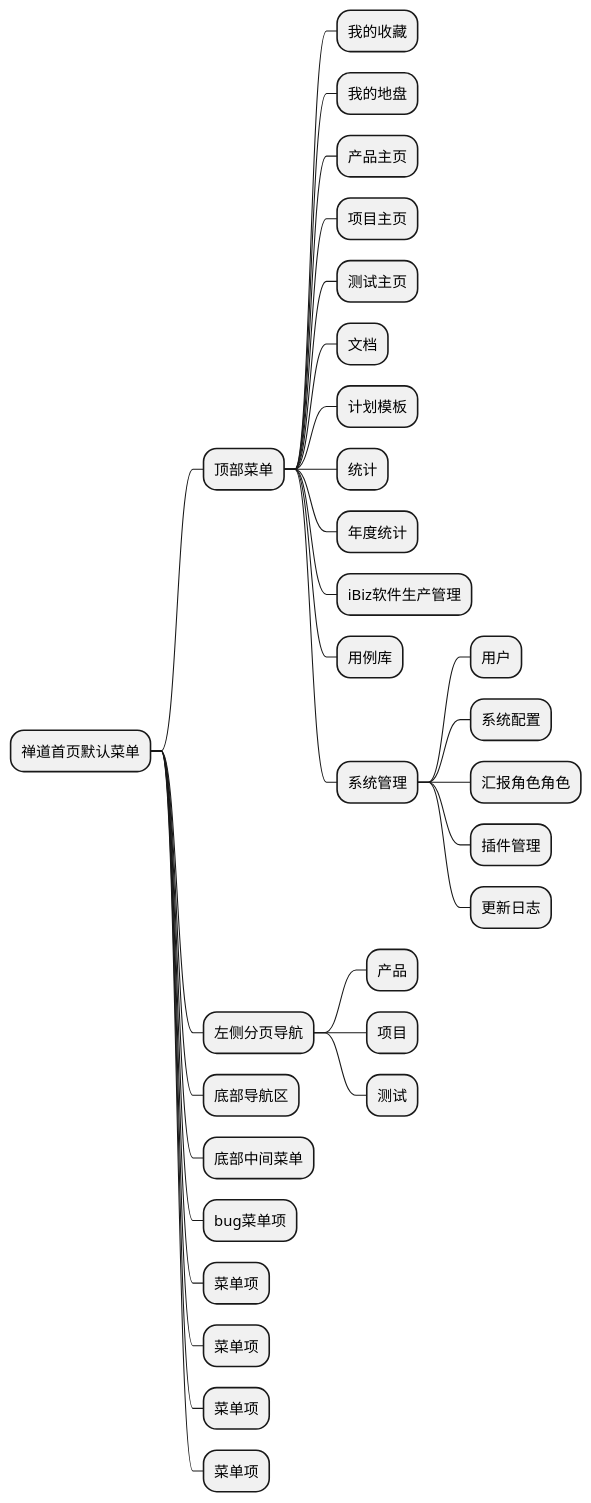
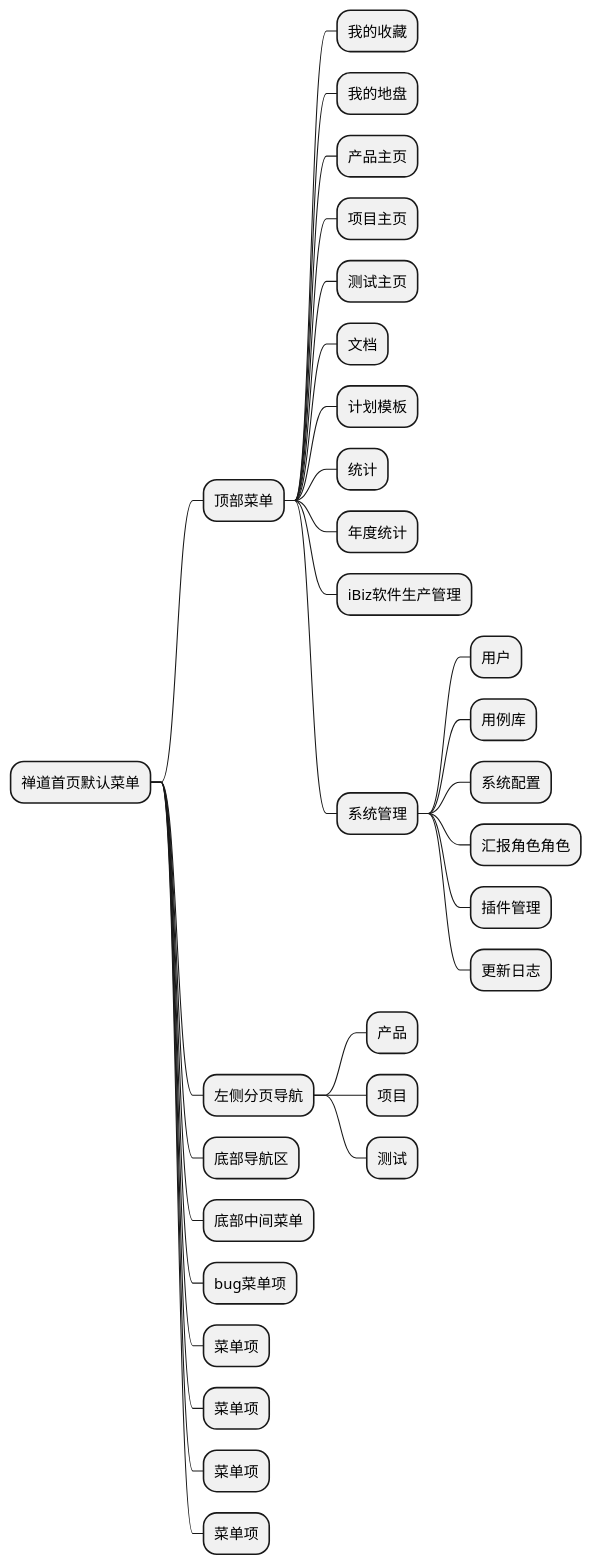
Before and after one commit to zj335841911/nt_chandao: the diagram in ibizpms-docs/src/main/doc/v1/app/web/zentao.md, drawn with PlantUML. The commit also changed 32 other files, not shown here.

```diff
--- a/ibizpms-docs/src/main/doc/v1/app/web/zentao.md
+++ b/ibizpms-docs/src/main/doc/v1/app/web/zentao.md
@@ -5,34 +5,34 @@
 {% plantuml %}
 @startmindmap
 * 禅道首页默认菜单
 ** 顶部菜单
 *** 我的收藏
 *** 我的地盘
 *** 产品主页
 *** 项目主页
 *** 测试主页
 *** 文档
 *** 计划模板
 *** 统计
 *** 年度统计
 *** iBiz软件生产管理
-*** 用例库
 *** 系统管理
 **** 用户
+**** 用例库
 **** 系统配置
 **** 汇报角色角色
 **** 插件管理
 **** 更新日志
 ** 左侧分页导航
 *** 产品
 *** 项目
 *** 测试
 ** 底部导航区
 ** 底部中间菜单
 ** bug菜单项
 ** 菜单项
 ** 菜单项
 ** 菜单项
 ** 菜单项
 @endmindmap
 {% endplantuml %}
```
